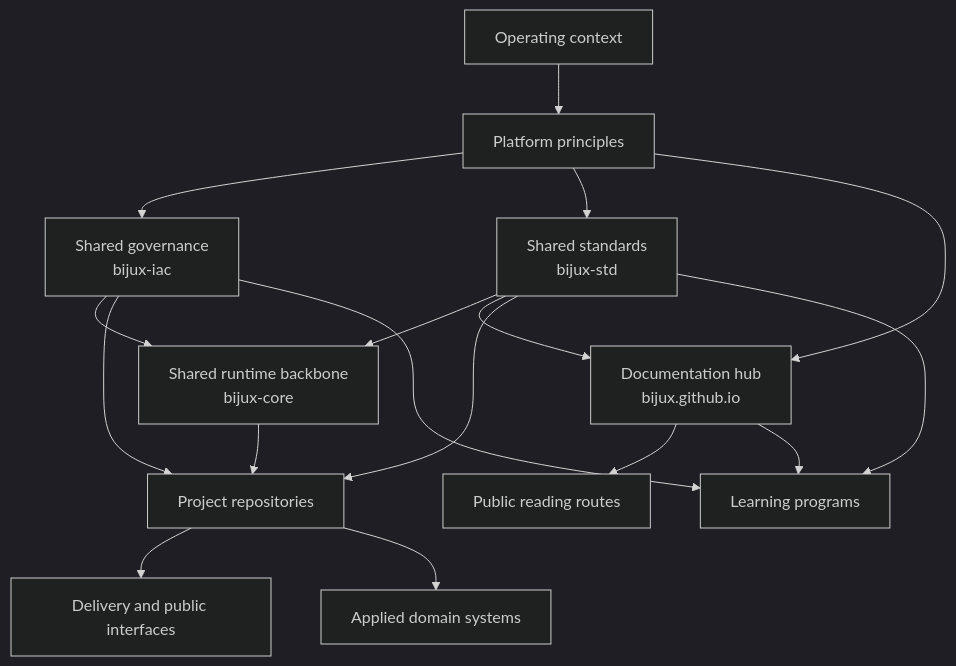
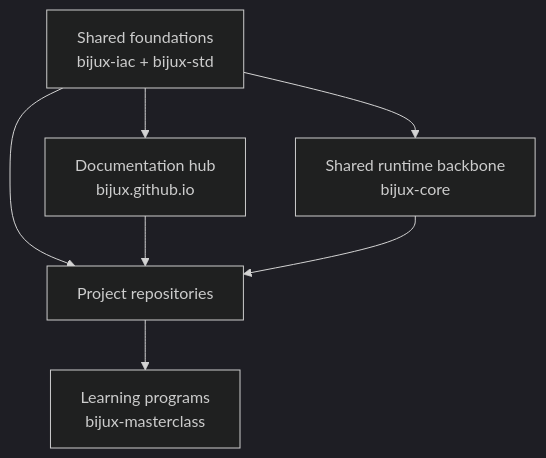
One commit to bijux/bijux.github.io changed the diagram in docs/01-platform/index.md. Above: the diagram before and after it, drawn with Mermaid (dark theme). The commit also changed other lines of this file and 8 other files, not shown here.

Commit message:
docs(platform): simplify the platform branch for readers

````diff
--- a/docs/01-platform/index.md
+++ b/docs/01-platform/index.md
@@ -31,22 +31,9 @@
 ```mermaid
 graph TD
-    context["Operating context"] --> principles["Platform principles"]
-    principles --> control["Shared governance<br/>bijux-iac"]
-    principles --> standards["Shared standards<br/>bijux-std"]
-    principles --> hub["Documentation hub<br/>bijux.github.io"]
-
-    control --> core["Shared runtime backbone<br/>bijux-core"]
-    standards --> core
-    standards --> hub
-    hub --> readers["Public reading routes"]
-
-    core --> projects["Project repositories"]
-    control --> projects
-    standards --> projects
-
-    projects --> delivery["Delivery and public interfaces"]
-    projects --> domains["Applied domain systems"]
-    standards --> learning["Learning programs"]
-    control --> learning
-    hub --> learning
+    foundations["Shared foundations<br/>bijux-iac + bijux-std"] --> hub["Documentation hub<br/>bijux.github.io"]
+    foundations --> core["Shared runtime backbone<br/>bijux-core"]
+    foundations --> projects["Project repositories"]
+    hub --> projects
+    core --> projects
+    projects --> learning["Learning programs<br/>bijux-masterclass"]
 ```
````
